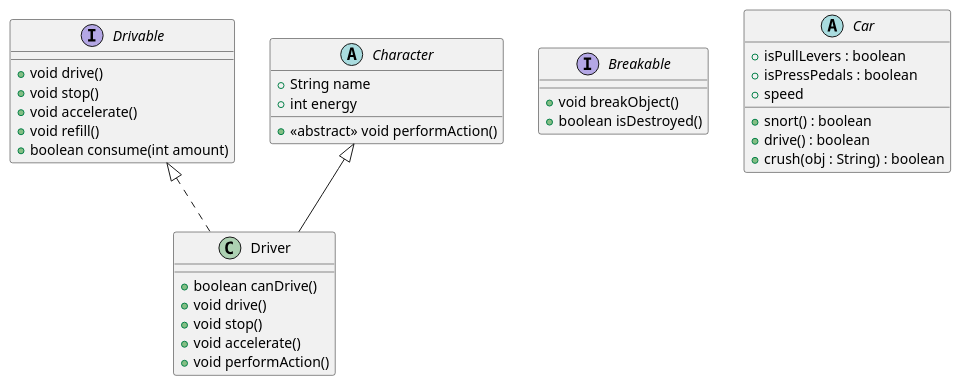
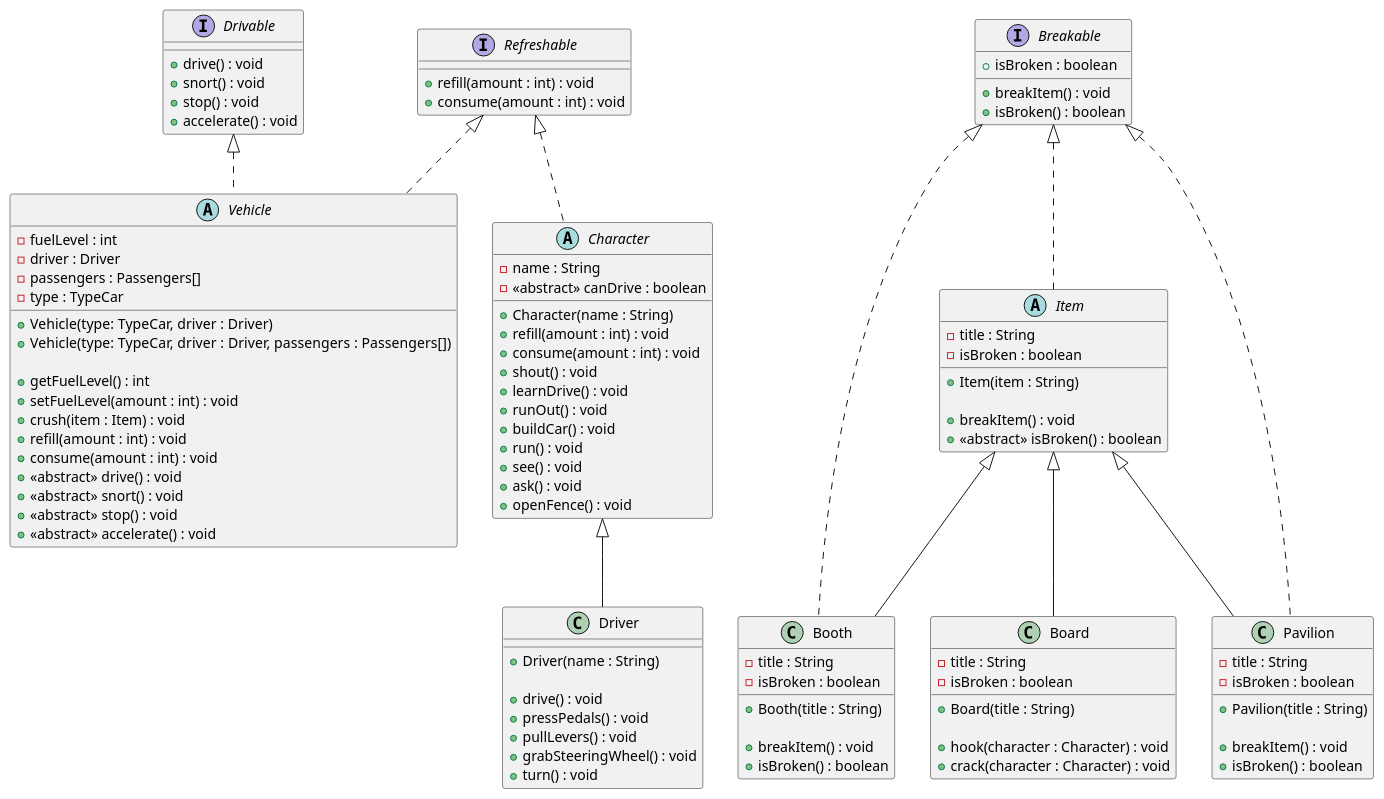
Before and after one commit to ArteMyasnik/ArteMyasnik_programming_laboratory_3: the diagram in laboratory3/project.puml, drawn with PlantUML.

Commit message:
UML diagram for laboratory

```diff
--- a/laboratory3/project.puml
+++ b/laboratory3/project.puml
@@ -1,44 +1,185 @@
 @startuml
 
 interface Drivable {
-    + void drive()
-    + void stop()
-    + void accelerate()
+    + drive() : void
+    + snort() : void
+    + stop() : void
+    + accelerate() : void
+}
+
+interface Refreshable {
+    + refill(amount : int) : void
+    + consume(amount : int) : void
 }
 
 interface Breakable {
-    + void breakObject()
-    + boolean isDestroyed()
+    + isBroken : boolean
+
+    + breakItem() : void
+    + isBroken() : boolean
 }
 
-interface Drivable {
-    + void refill()
-    + boolean consume(int amount)
+abstract class Item implements Breakable{
+    - title : String
+    - isBroken : boolean
+
+    + Item(item : String)
+
+    + breakItem() : void
+    + <<abstract>> isBroken() : boolean
 }
 
-abstract class Character {
-    + String name
-    + int energy
-    + <<abstract>> void performAction()
+class Booth extends Item implements Breakable {
+    - title : String
+    - isBroken : boolean
+
+    + Booth(title : String)
+
+    + breakItem() : void
+    + isBroken() : boolean
 }
 
-class Driver extends Character implements Drivable {
-    + boolean canDrive()
-    + void drive()
-    + void stop()
-    + void accelerate()
-    + void performAction()
+class Pavilion extends Item implements Breakable {
+    - title : String
+    - isBroken : boolean
+
+    + Pavilion(title : String)
+
+    + breakItem() : void
+    + isBroken() : boolean
 }
 
-abstract class Car {
-    + isPullLevers : boolean
-    + isPressPedals : boolean
-    + speed
+class Board extends Item {
+    - title : String
+    - isBroken : boolean
 
-    + snort() : boolean
-    + drive() : boolean
-    + crush(obj : String) : boolean
+    + Board(title : String)
 
+    + hook(character : Character) : void
+    + crack(character : Character) : void
 }
 
+abstract class Vehicle implements Drivable, Refreshable{
+    - fuelLevel : int
+    - driver : Driver
+    - passengers : Passengers[]
+    - type : TypeCar
+
+    + Vehicle(type: TypeCar, driver : Driver)
+    + Vehicle(type: TypeCar, driver : Driver, passengers : Passengers[])
+
+    + getFuelLevel() : int
+    + setFuelLevel(amount : int) : void
+    + crush(item : Item) : void
+    + refill(amount : int) : void
+    + consume(amount : int) : void
+    + <<abstract>> drive() : void
+    + <<abstract>> snort() : void
+    + <<abstract>> stop() : void
+    + <<abstract>> accelerate() : void
+}
+
+abstract class Character implements Refreshable{
+    - name : String
+    - <<abstract>> canDrive : boolean
+
+    + Character(name : String)
+    + refill(amount : int) : void
+    + consume(amount : int) : void
+    + shout() : void
+    + learnDrive() : void
+    + runOut() : void
+    + buildCar() : void
+    + run() : void
+    + see() : void
+    + ask() : void
+    + openFence() : void
+}
+
+class Driver extends Character {
+    + Driver(name : String)
+
+    + drive() : void
+    + pressPedals() : void
+    + pullLevers() : void
+    + grabSteeringWheel() : void
+    + turn() : void
+}
+
+
+
+
+
+
+
+
+
+
+
+
+
+
+
+
+
+
+
+
+
+
+
+
+
+
+
+
+
+
+
+
+
+
+
+'interface Drivable {
+'    + drive() : void
+'    + stop() : void
+'    + accelerate() : void
+'}
+'
+'interface Breakable {
+'    + breakObject() : void
+'    + isDestroyed() : boolean
+'}
+'
+'interface Refreshable {
+'    + refill() : void
+'    + consume(int amount) : boolean
+'}
+'
+'abstract class Character {
+'    + name : String
+'    + energy : int
+'    + <<abstract>> performAction() :  void
+'}
+'
+'class Driver extends Character implements Drivable {
+'    + canDrive() : boolean
+'    + drive() : void
+'    + stop() : void
+'    + accelerate() : void
+'    + performAction() : void
+'}
+'
+'abstract class Vehicle {
+'    + isPullLevers : boolean
+'    + isPressPedals : boolean
+'
+'    + <<abstract>> snort() : void
+'    + <<abstract>> drive() : void
+'    + crush(obj : String) : boolean
+'}
+'class Car extends Vehicle{
+'    + driver : Driver
+'
+'}
 @enduml
```
